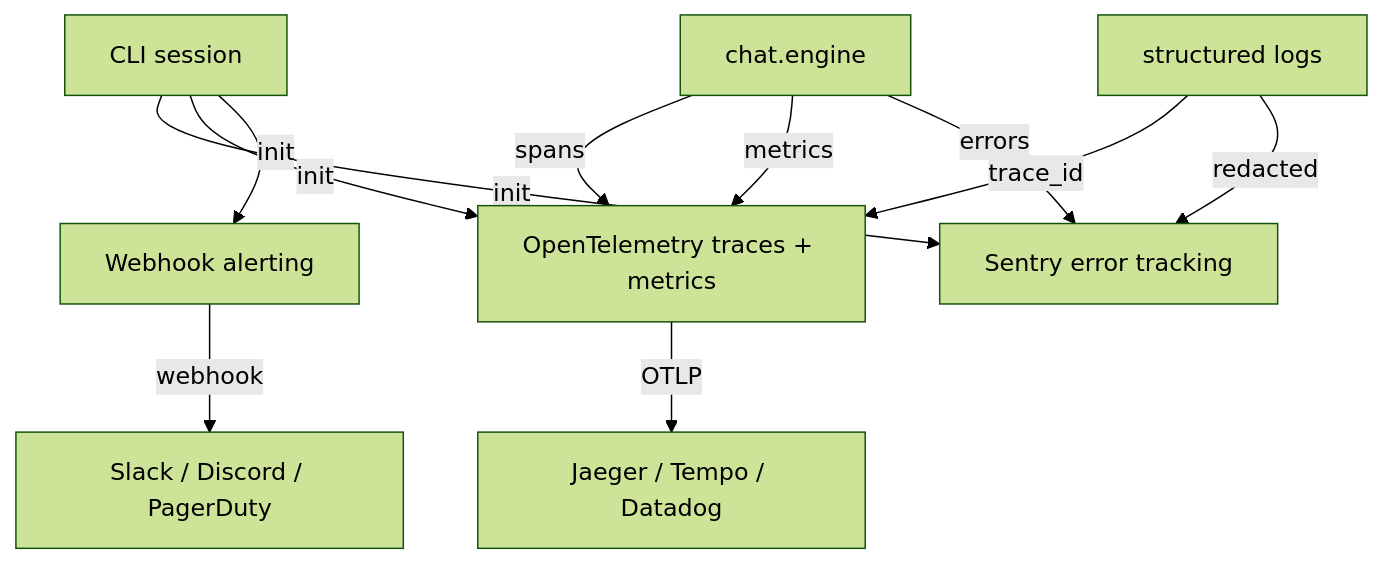
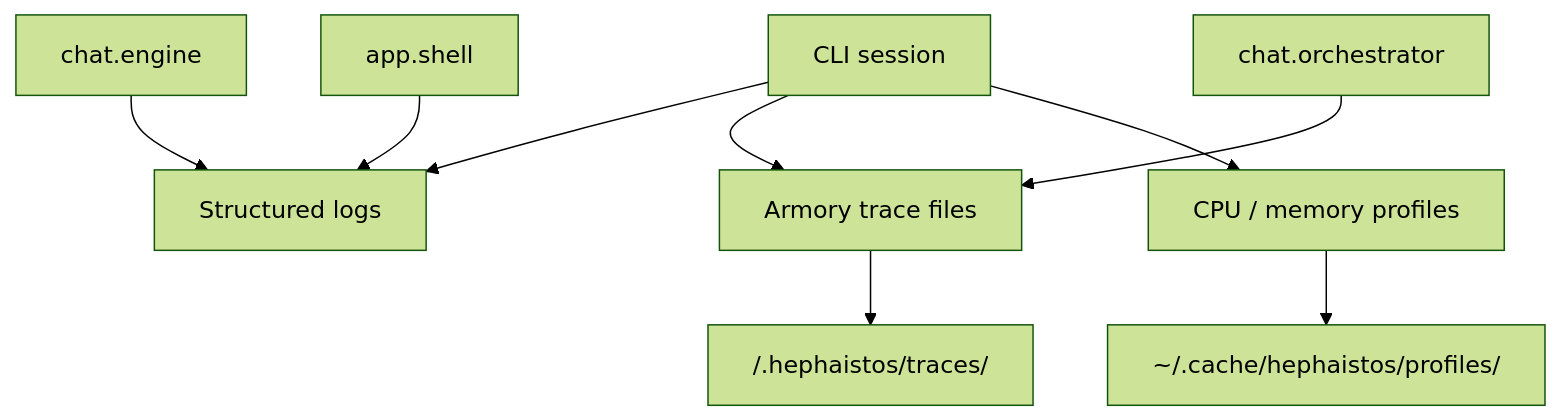
One commit to gildrb/heph changed the second of 2 diagrams in docs/architecture.md. Above: the diagram before and after it, drawn with Mermaid (forest theme). The commit also changed other lines of this file and 54 other files, not shown here.

````diff
--- a/docs/architecture.md
+++ b/docs/architecture.md
@@ -127,16 +128,13 @@
 ```mermaid
 graph TD
-    CLI[CLI session] -->|init| Sentry[Sentry error tracking]
-    CLI -->|init| OTel[OpenTelemetry traces + metrics]
-    CLI -->|init| Alerts[Webhook alerting]
+    CLI[CLI session] --> Logs[Structured logs]
+    CLI --> Traces[Armory trace files]
+    CLI --> Profiles[CPU / memory profiles]
 
-    Engine[chat.engine] -->|spans| OTel
-    Engine -->|metrics| OTel
-    Engine -->|errors| Sentry
+    Engine[chat.engine] --> Logs
+    Orchestrator[chat.orchestrator] --> Traces
+    Shell[app.shell] --> Logs
 
-    Logging[structured logs] -->|trace_id| OTel
-    Logging -->|redacted| Sentry
-
-    Alerts -->|webhook| Slack[Slack / Discord / PagerDuty]
-    OTel -->|OTLP| Backend[Jaeger / Tempo / Datadog]
+    Traces --> Armory[<armory>/.hephaistos/traces/]
+    Profiles --> Cache[~/.cache/hephaistos/profiles/]
 ```
````
